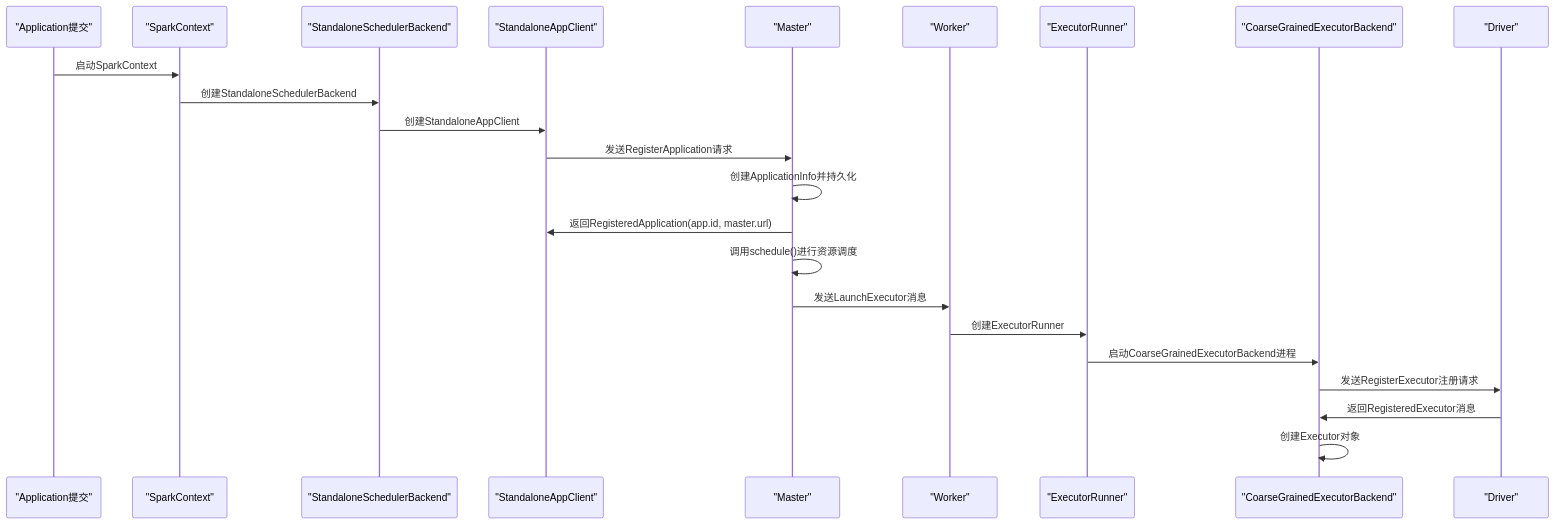
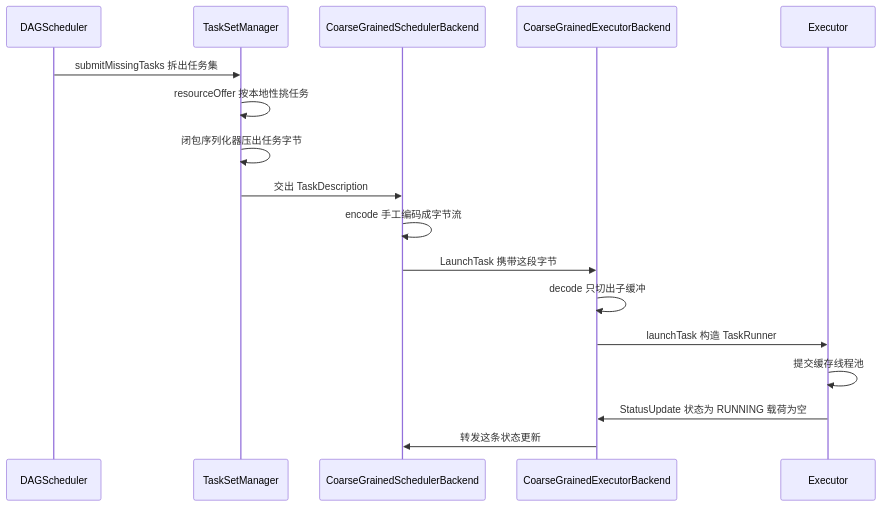
Before and after one commit to hpliStartAgain/my-brain: the first of 4 diagrams in content/大数据/Spark/读书笔记-spark内核/02_系统架构与运行机制/7. Spark_Executor启动与结果传递.md, drawn with Mermaid. The commit also changed other lines of this file and 259 other files, not shown here.

````diff
--- a/content/大数据/Spark/读书笔记-spark内核/02_系统架构与运行机制/7. Spark_Executor启动与结果传递.md
+++ b/content/大数据/Spark/读书笔记-spark内核/02_系统架构与运行机制/7. Spark_Executor启动与结果传递.md
@@ -16,26 +154,20 @@
 ```mermaid
+%%{init: {'theme': 'dracula'}}%%
 sequenceDiagram
-    participant A as "Application提交"
-    participant B as "SparkContext"
-    participant C as "StandaloneSchedulerBackend"
-    participant D as "StandaloneAppClient"
-    participant E as "Master"
-    participant F as "Worker"
-    participant G as "ExecutorRunner"
-    participant H as "CoarseGrainedExecutorBackend"
-    participant I as "Driver"
-    
-    A->>B: 启动SparkContext
-    B->>C: 创建StandaloneSchedulerBackend
-    C->>D: 创建StandaloneAppClient
-    D->>E: 发送RegisterApplication请求
-    E->>E: 创建ApplicationInfo并持久化
-    E->>D: 返回RegisteredApplication(app.id, master.url)
-    E->>E: 调用schedule()进行资源调度
-    E->>F: 发送LaunchExecutor消息
-    F->>G: 创建ExecutorRunner
-    G->>H: 启动CoarseGrainedExecutorBackend进程
-    H->>I: 发送RegisterExecutor注册请求
-    I->>H: 返回RegisteredExecutor消息
-    H->>H: 创建Executor对象
+    participant DAG as DAGScheduler
+    participant TSM as TaskSetManager
+    participant BE as CoarseGrainedSchedulerBackend
+    participant EXB as CoarseGrainedExecutorBackend
+    participant EX as Executor
+    DAG->>TSM: submitMissingTasks 拆出任务集
+    TSM->>TSM: resourceOffer 按本地性挑任务
+    TSM->>TSM: 闭包序列化器压出任务字节
+    TSM->>BE: 交出 TaskDescription
+    BE->>BE: encode 手工编码成字节流
+    BE->>EXB: LaunchTask 携带这段字节
+    EXB->>EXB: decode 只切出子缓冲
+    EXB->>EX: launchTask 构造 TaskRunner
+    EX->>EX: 提交缓存线程池
+    EX->>EXB: StatusUpdate 状态为 RUNNING 载荷为空
+    EXB->>BE: 转发这条状态更新
 ```
````
